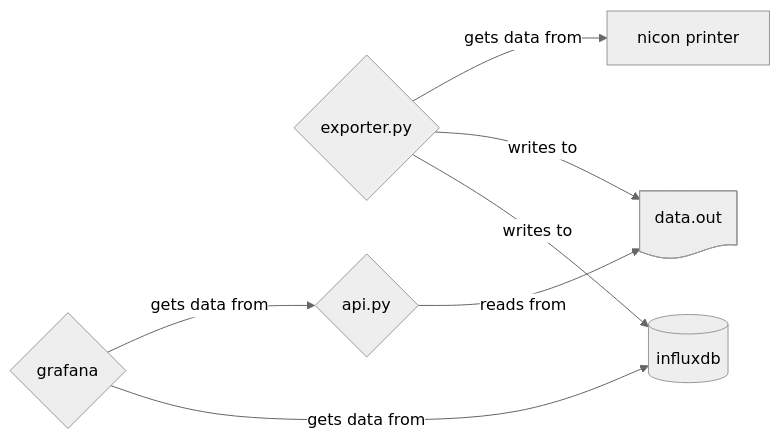
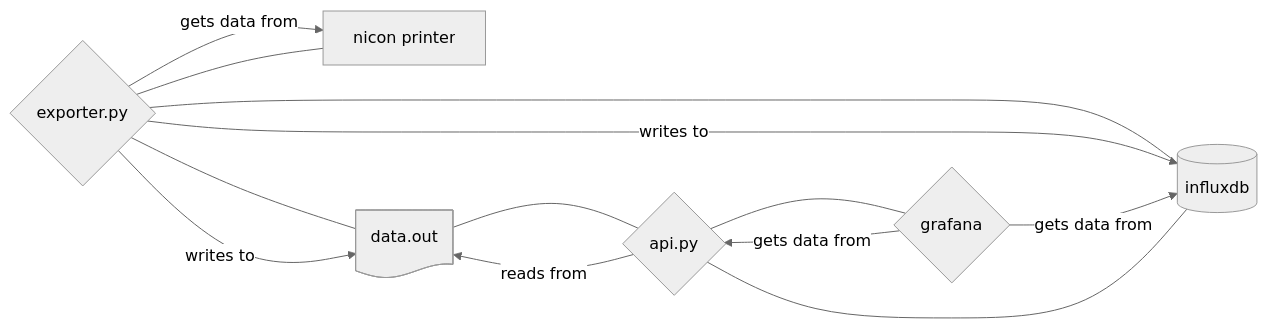
The diagram in readme.md (carnivuth/opc-ua-birex), drawn with Mermaid (neutral theme) before and after one commit.

Commit message:
added order

````diff
--- a/readme.md
+++ b/readme.md
@@ -13,14 +13,15 @@
 ```mermaid
 flowchart LR
 A{exporter.py}
 B{api.py}
 C{grafana}
 D[nicon printer]
 E@{ shape: doc ,label: data.out}
 F@{ shape: database, label: influxdb}
 
+D --- A --- E & F --- B --- C
 A -- gets data from --> D
 A -- writes to --> E & F
 B -- reads from --> E
 C -- gets data from --> B & F
 ```
````
